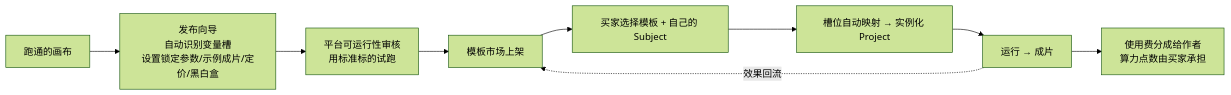
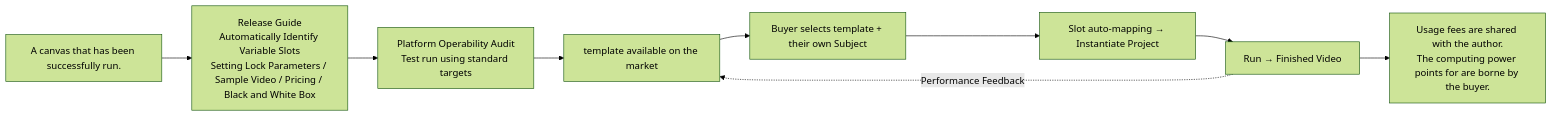
The sixth of 17 diagrams in docs/prd.md (Runqi518/SPARKLE-AI---Your-Creativity-Deserves-a-Market), drawn with Mermaid (forest theme) before and after one commit. The commit also changed other lines of this file and 60 other files, not shown here.

````diff
--- a/docs/prd.md
+++ b/docs/prd.md
@@ -443,11 +417,11 @@
 ```mermaid
 flowchart LR
-    P[跑通的画布] --> W[发布向导<br/>自动识别变量槽<br/>设置锁定参数/示例成片/定价/黑白盒]
-    W --> R[平台可运行性审核<br/>用标准标的试跑]
-    R --> L[模板市场上架]
-    L --> B[买家选择模板 + 自己的 Subject]
-    B --> I[槽位自动映射 → 实例化 Project]
-    I --> G[运行 → 成片]
-    G --> $[使用费分成给作者<br/>算力点数由买家承担]
-    G -.效果回流.-> L
+    P[A canvas that has been successfully run.] --> W[Release Guide<br/>Automatically Identify Variable Slots<br/>Setting Lock Parameters / Sample Video / Pricing / Black and White Box]
+    W --> R[Platform Operability Audit<br/>Test run using standard targets]
+    R --> L[template available on the market]
+    L --> B[Buyer selects template + their own Subject]
+    B --> I[Slot auto-mapping → Instantiate Project]
+    I --> G[Run → Finished Video]
+    G --> $[Usage fees are shared with the author.<br/>The computing power points for are borne by the buyer.]
+    G -.Performance Feedback.-> L
 ```
````
